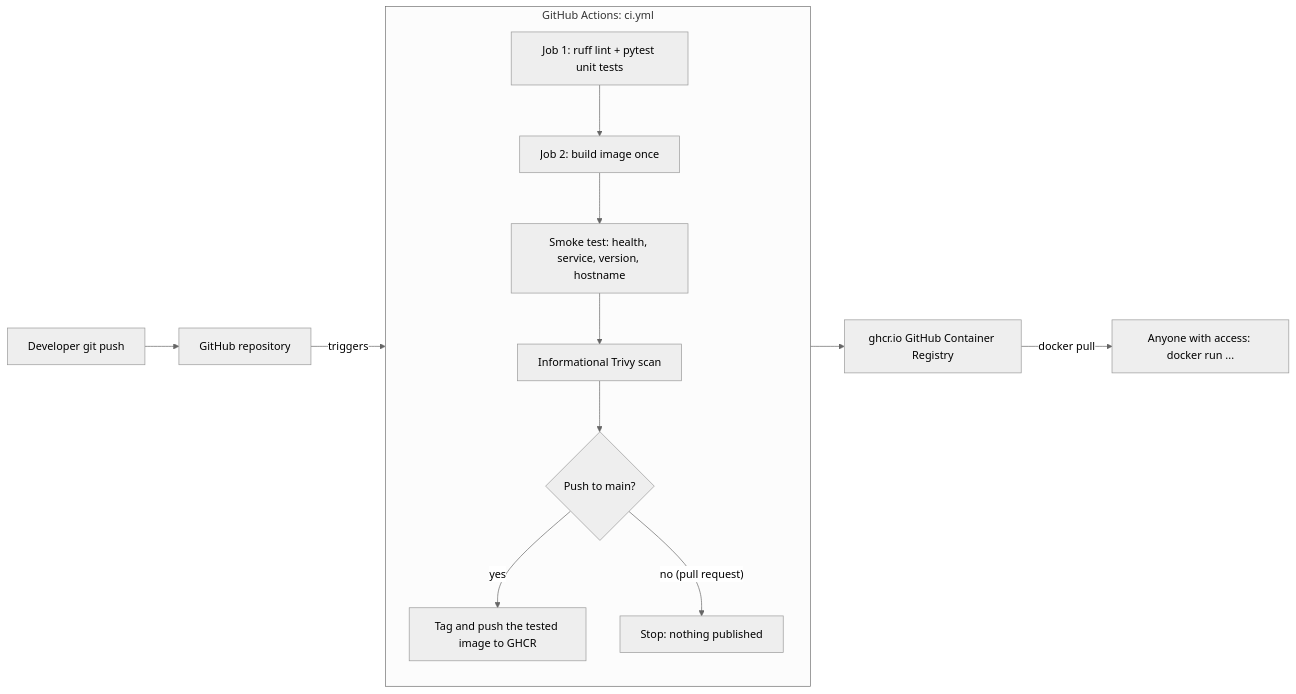
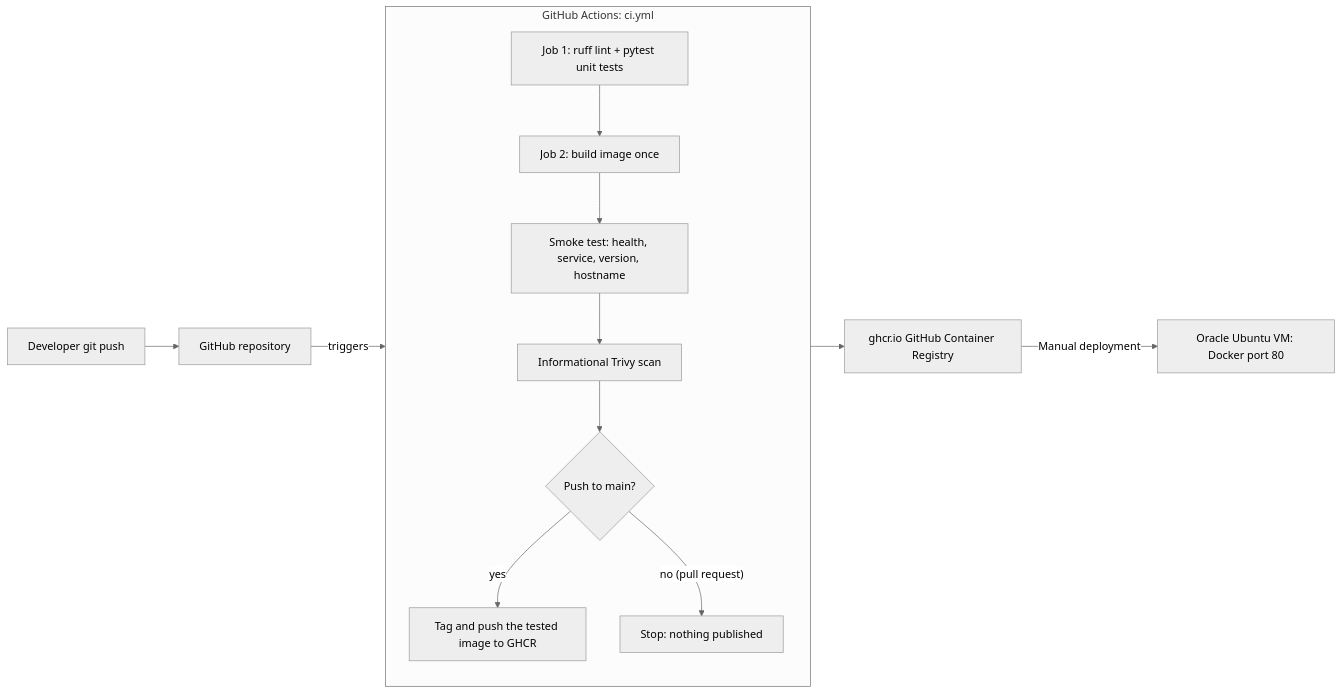
The diagram in README.md (Bo-Giles-Projects/docker-cicd-app), drawn with Mermaid (neutral theme) before and after one commit. The commit also changed other lines of this file and 2 other files, not shown here.

Commit message:
Document live Oracle Cloud deployment and operating procedures

````diff
--- a/README.md
+++ b/README.md
@@ -31,18 +48,18 @@
 ```mermaid
 flowchart LR
     Dev["Developer git push"] --> GH["GitHub repository"]
     GH -- "triggers" --> CI
 
     subgraph CI["GitHub Actions: ci.yml"]
         direction TB
         T["Job 1: ruff lint + pytest unit tests"] --> B["Job 2: build image once"]
         B --> S["Smoke test: health, service, version, hostname"]
         S --> V["Informational Trivy scan"]
         V --> P{"Push to main?"}
         P -- "yes" --> PUSH["Tag and push the tested image to GHCR"]
         P -- "no (pull request)" --> END["Stop: nothing published"]
     end
 
     PUSH --> GHCR["ghcr.io GitHub Container Registry"]
-    GHCR -- "docker pull" --> Run["Anyone with access: docker run ..."]
+    GHCR -- "Manual deployment" --> Run["Oracle Ubuntu VM: Docker port 80"]
 ```
````
